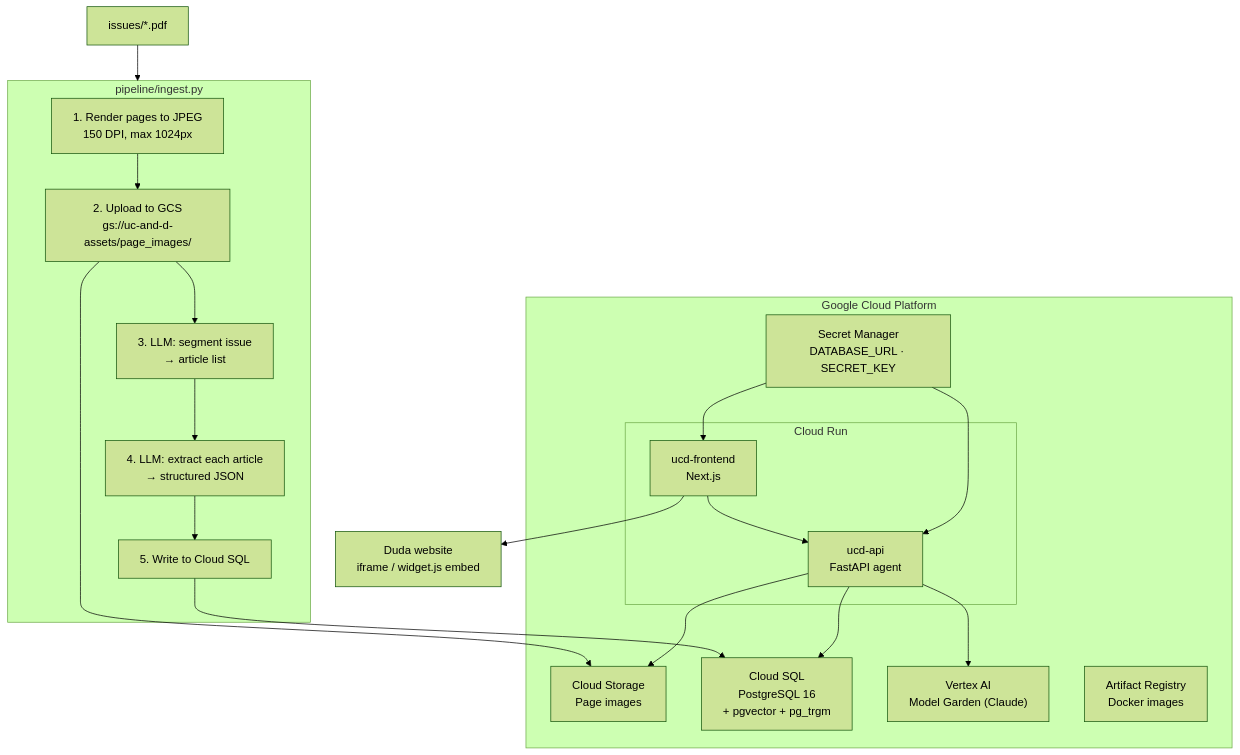
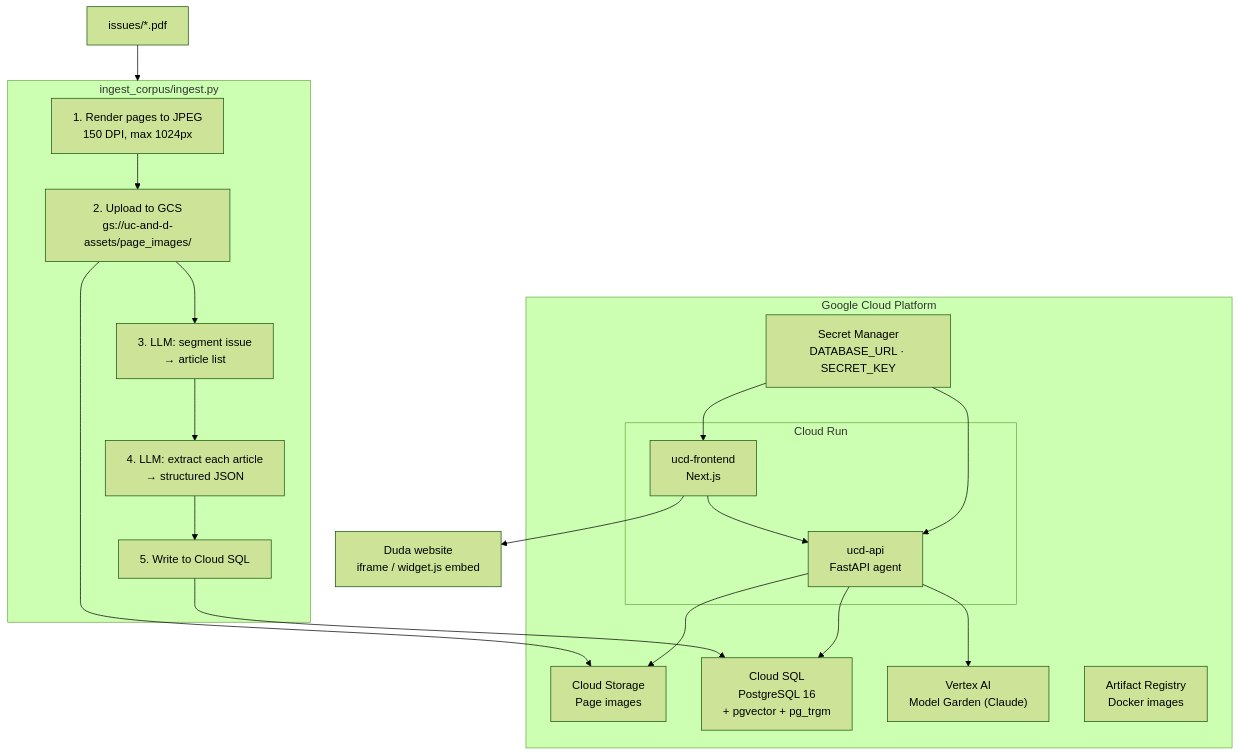
One commit to jlmontie/ucd-intelligence-platform changed the first of 2 diagrams in README.md. Above: the diagram before and after it, drawn with Mermaid (forest theme). The commit also changed other lines of this file and 4 other files, not shown here.

````diff
--- a/README.md
+++ b/README.md
@@ -9,38 +9,38 @@
 ```mermaid
 flowchart TD
     PDF["issues/*.pdf"] --> ingest
 
-    subgraph ingest["pipeline/ingest.py"]
+    subgraph ingest["ingest_corpus/ingest.py"]
         A1["1. Render pages to JPEG\n150 DPI, max 1024px"]
         A2["2. Upload to GCS\ngs://uc-and-d-assets/page_images/"]
         A3["3. LLM: segment issue\n→ article list"]
         A4["4. LLM: extract each article\n→ structured JSON"]
         A5["5. Write to Cloud SQL"]
         A1 --> A2 --> A3 --> A4 --> A5
     end
 
     A2 --> GCS["Cloud Storage\nPage images"]
     A5 --> DB
 
     subgraph gcp["Google Cloud Platform"]
         DB["Cloud SQL\nPostgreSQL 16\n+ pgvector + pg_trgm"]
         GCS
         SM["Secret Manager\nDATABASE_URL · SECRET_KEY"]
         VAI["Vertex AI\nModel Garden (Claude)"]
         AR["Artifact Registry\nDocker images"]
 
         subgraph cloudrun["Cloud Run"]
             API["ucd-api\nFastAPI agent"]
             FE["ucd-frontend\nNext.js"]
         end
 
         API --> DB
         API --> GCS
         API --> VAI
         FE --> API
         SM --> API
         SM --> FE
     end
 
     FE --> Duda["Duda website\niframe / widget.js embed"]
 ```
````
